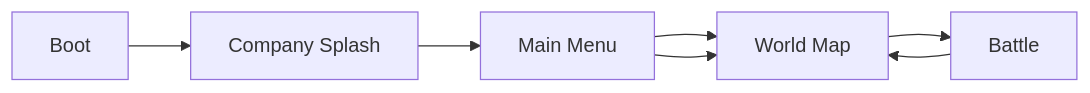
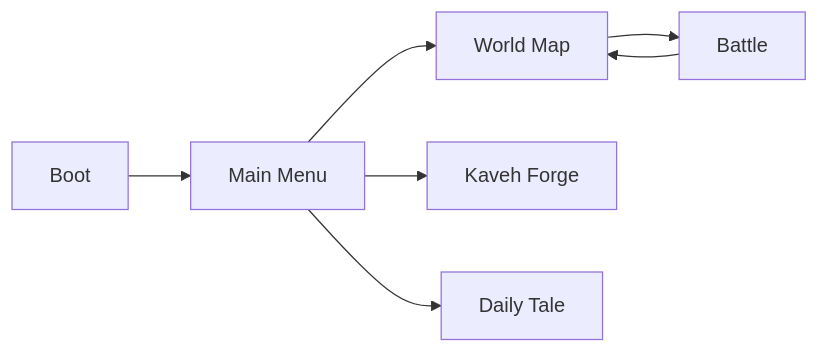
The diagram in docs/art/content-checklist.md (KingSajjad18676/seven-realm-td), drawn with Mermaid before and after one commit. The commit also changed other lines of this file and 18 other files, not shown here.

````diff
--- a/docs/art/content-checklist.md
+++ b/docs/art/content-checklist.md
@@ -12,9 +12,9 @@
 ```mermaid
 flowchart LR
-    Boot[Boot] --> Splash[Company Splash]
-    Splash --> Menu[Main Menu]
+    Boot[Boot] --> Menu[Main Menu]
     Menu --> World[World Map]
+    Menu --> Forge[Kaveh Forge]
+    Menu --> DailyTale[Daily Tale]
     World --> Battle[Battle]
     Battle --> World
-    Menu --> World
 ```
````
